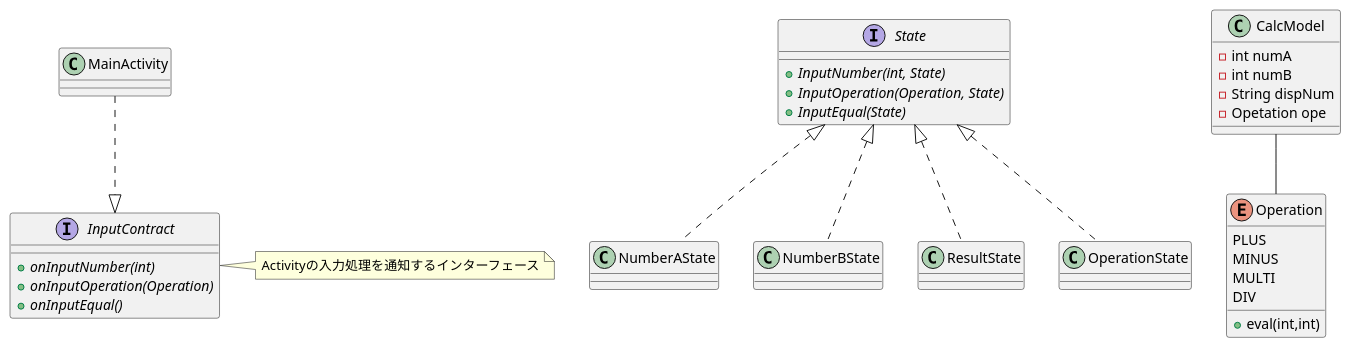
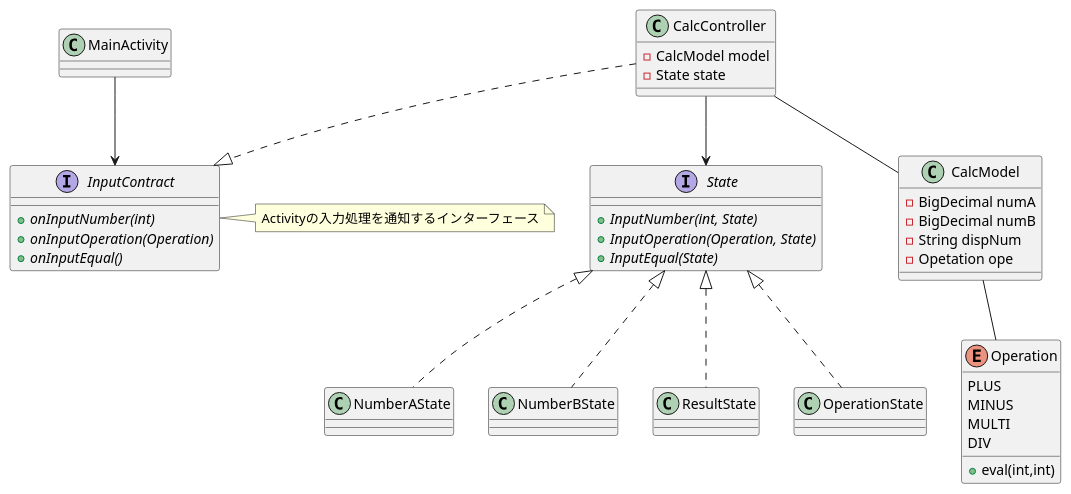
Before and after one commit to oddballs1111/SampleCalc: the diagram in app/src/uml/CalcClass.puml, drawn with PlantUML. The commit also changed 6 other files, not shown here.

Commit message:
電卓アプリ　第四回 　・状態毎のActivity図を追加 　・クラス図を修正（MVCモデルに沿った形に修正） 　・OperationのEnumを作成（四則演算用のクラス） 　・Activityのライフサイクル確認用のログを追加 　・Operationの処理確認用にActivityにログを追加

```diff
--- a/app/src/uml/CalcClass.puml
+++ b/app/src/uml/CalcClass.puml
@@ -1,58 +1,67 @@
 @startuml
-MainActivity ..|> InputContract
+MainActivity --> InputContract
+CalcController ..|> InputContract
+CalcController --> State
+CalcController -- CalcModel
 
 State <|.. NumberAState
 State <|.. NumberBState
 State <|.. ResultState
 State <|.. OperationState
 
 CalcModel -- Operation
 
 class MainActivity{
 }
 
 interface InputContract {
   +{abstract} onInputNumber(int)
   +{abstract} onInputOperation(Operation)
   +{abstract} onInputEqual()
 }
 
+class CalcController {
+  -CalcModel model
+  -State state
+}
+
+
 class CalcModel {
-  -int numA
-  -int numB
+  -BigDecimal numA
+  -BigDecimal numB
   -String dispNum
   - Opetation ope
 }
 
 interface State {
   + {abstract} InputNumber(int, State)
   + {abstract} InputOperation(Operation, State)
   + {abstract} InputEqual(State)
 }
 
 class NumberAState {
 }
 
 class OperationState {
 }
 
 class NumberBState {
 }
 
 class ResultState {
 }
 
 enum Operation{
   PLUS
   MINUS
   MULTI
   DIV
 
   +eval(int,int)
 }
 
 
 note right of InputContract
   Activityの入力処理を通知するインターフェース
 end note
 @enduml
```
